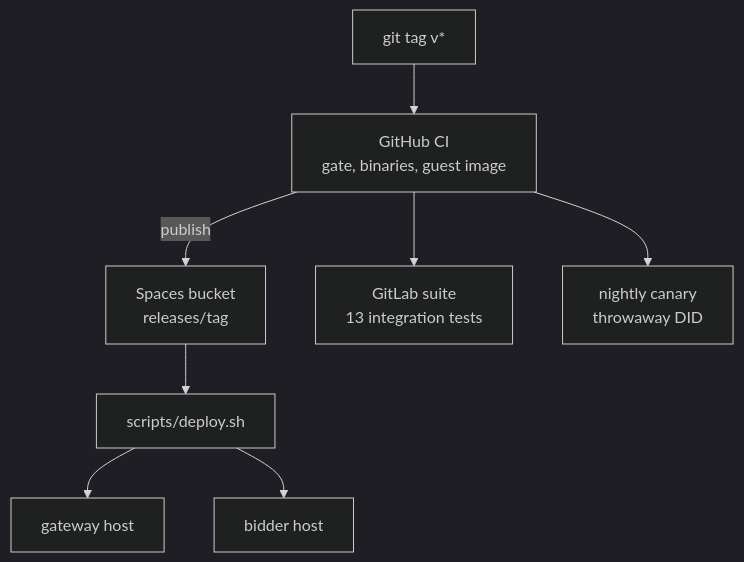
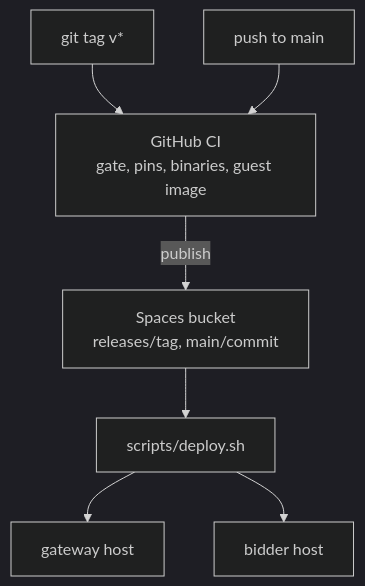
The diagram in docs/deploy.md (publicdomainrelay/socialweb-computer-kcp), drawn with Mermaid (dark theme) before and after one commit. The commit also changed other lines of this file and 84 other files, not shown here.

````diff
--- a/docs/deploy.md
+++ b/docs/deploy.md
@@ -6,10 +6,9 @@
 ```mermaid
 flowchart TD
-  tag["git tag v*"] --> gh["GitHub CI<br/>gate, binaries, guest image"]
-  gh -->|"publish"| bucket["Spaces bucket<br/>releases/tag"]
+  tag["git tag v*"] --> gh["GitHub CI<br/>gate, pins, binaries, guest image"]
+  main["push to main"] --> gh
+  gh -->|"publish"| bucket["Spaces bucket<br/>releases/tag, main/commit"]
   bucket --> deploy["scripts/deploy.sh"]
   deploy --> gw["gateway host"]
   deploy --> bidder["bidder host"]
-  gh --> gl["GitLab suite<br/>13 integration tests"]
-  gh --> canary["nightly canary<br/>throwaway DID"]
 ```
````
